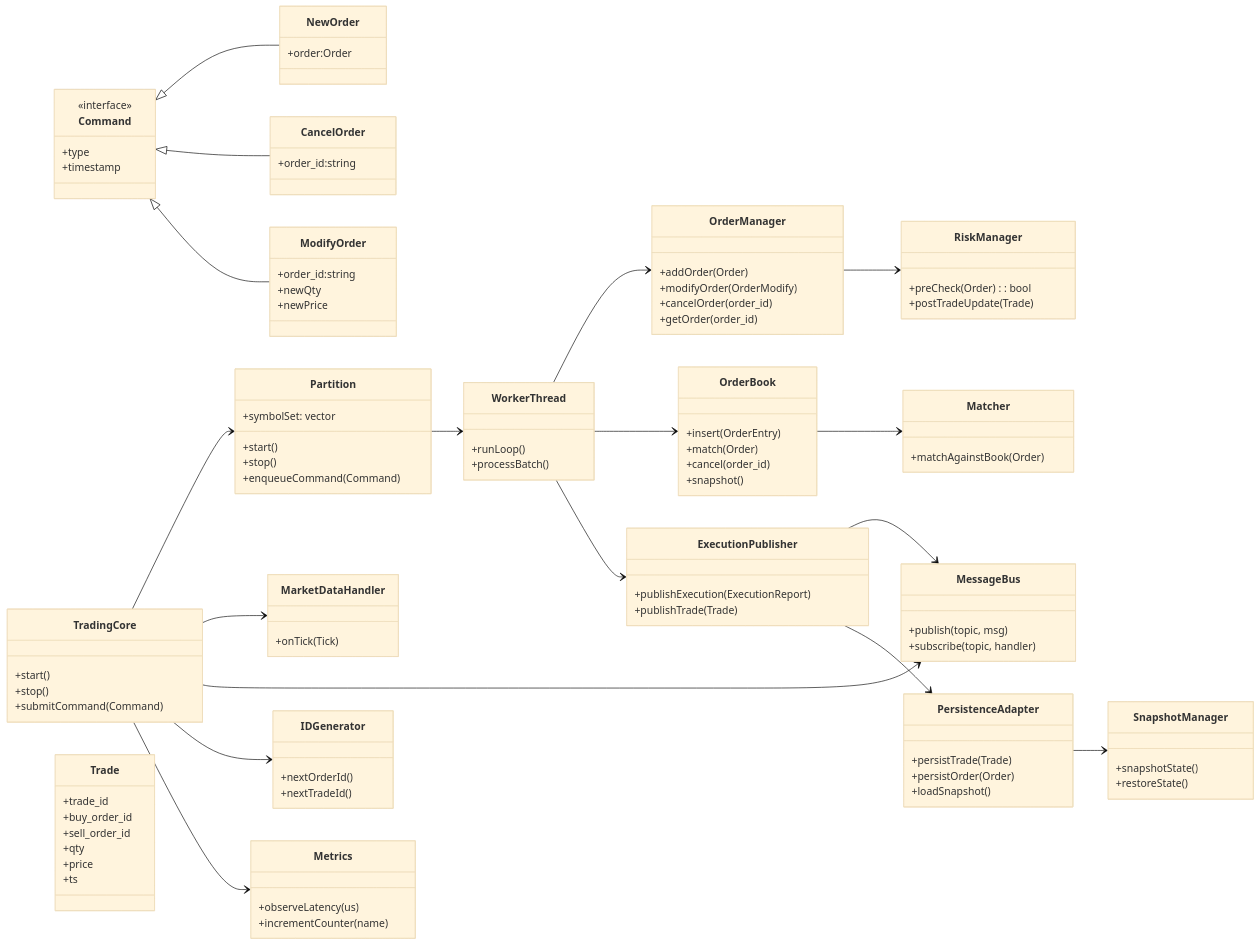
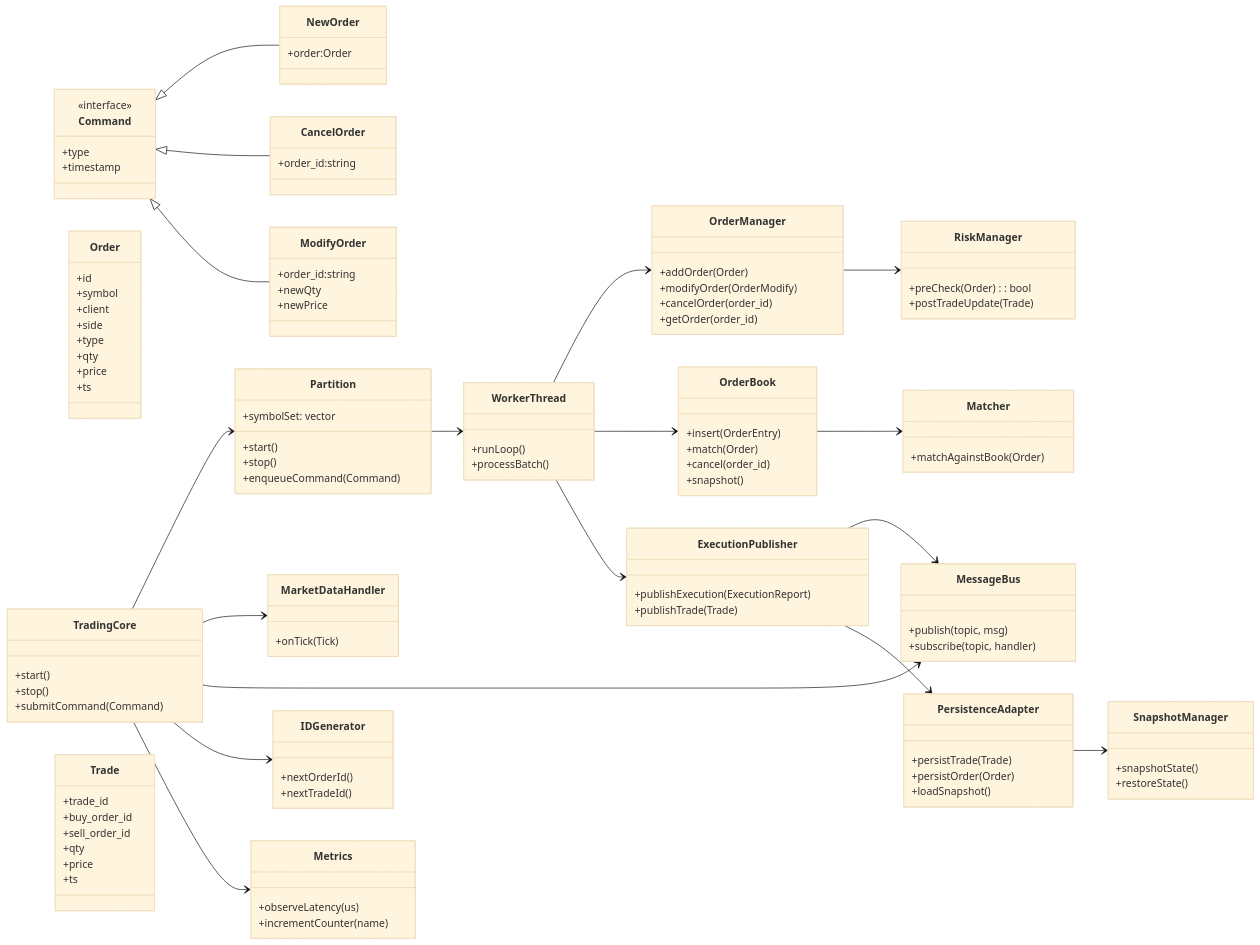
One commit to SujalChoudhari/BetaTrader changed the diagram in core/trading-core/TSD.md. Above: the diagram before and after it, drawn with Mermaid (base theme). The commit also changed 3 other files, not shown here.

```diff
--- a/core/trading-core/TSD.md
+++ b/core/trading-core/TSD.md
@@ -38,6 +38,19 @@
     +cancelOrder(order_id)
     +getOrder(order_id)
   }
+
+  class Order {
+    +id
+    +symbol
+    +client
+    +side
+    +type
+    +qty
+    +price
+    +ts
+  }
+  
+  
   class OrderBook {
     +insert(OrderEntry)
     +match(Order)
@@ -75,6 +88,7 @@
     +price
     +ts
   }
+  
   class ExecutionPublisher {
     +publishExecution(ExecutionReport)
     +publishTrade(Trade)
```
